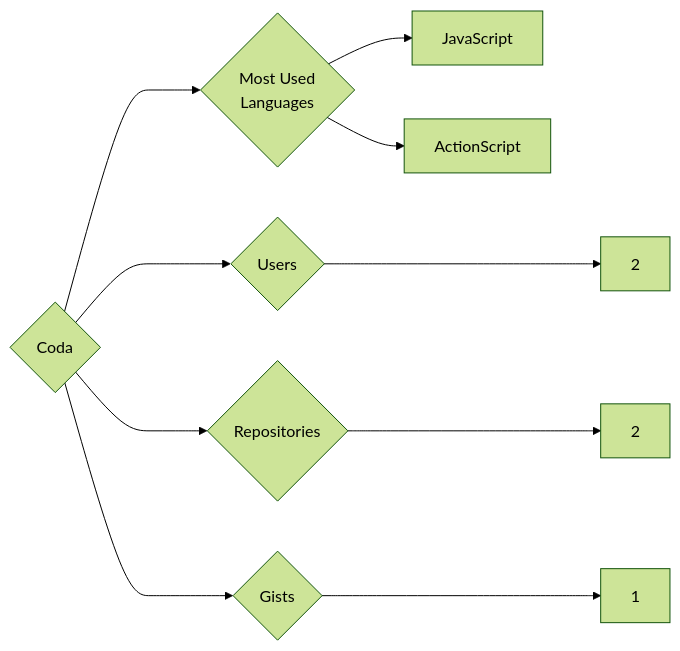
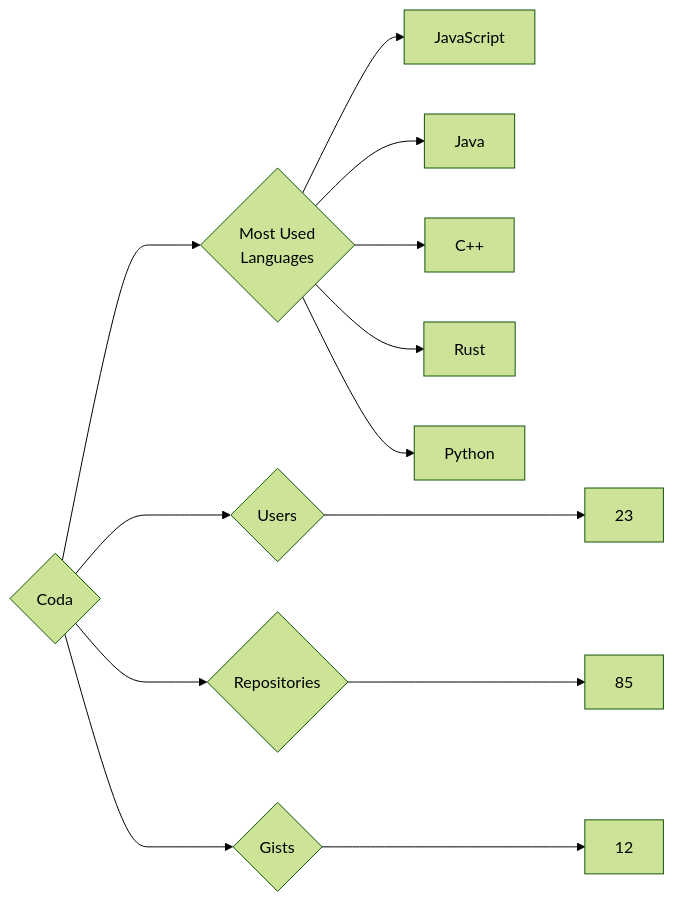
Before and after one commit to trickest/insiders: the diagram in targets/Coda/README.md, drawn with Mermaid (forest theme). The commit also changed 611 other files, not shown here.

````diff
--- a/targets/Coda/README.md
+++ b/targets/Coda/README.md
@@ -3,10 +3,13 @@
 ```mermaid
 graph LR
 COMPANY_NAME{Coda}
-COMPANY_NAME ---> U{Users} ---> UN[2]
-COMPANY_NAME ---> R{Repositories} ---> RN[2]
-COMPANY_NAME ---> G{Gists} ---> GN[1]
+COMPANY_NAME ---> U{Users} ---> UN[23]
+COMPANY_NAME ---> R{Repositories} ---> RN[85]
+COMPANY_NAME ---> G{Gists} ---> GN[12]
 COMPANY_NAME ---> ML{Most Used<br>Languages}
 ML --> JavaScript[JavaScript]
-ML --> ActionScript[ActionScript]
+ML --> Java[Java]
+ML --> C++[C++]
+ML --> Rust[Rust]
+ML --> Python[Python]
 ```
````
